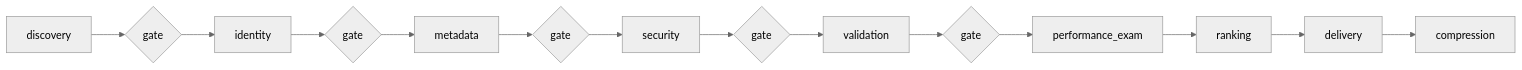
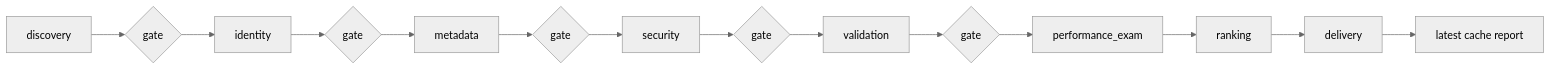
The diagram in publisher/architecture.md (aptitude-stack/docs), drawn with Mermaid (neutral theme) before and after one commit. The commit also changed other lines of this file and 6 other files, not shown here.

````diff
--- a/publisher/architecture.md
+++ b/publisher/architecture.md
@@ -46,12 +46,12 @@
 ```mermaid
 flowchart LR
     D["discovery"] --> DG{"gate"}
     DG --> I["identity"] --> IG{"gate"}
     IG --> M["metadata"] --> MG{"gate"}
     MG --> S["security"] --> SG{"gate"}
     SG --> V["validation"] --> VG{"gate"}
     VG --> P["performance_exam"]
     P --> R["ranking"]
     R --> DEL["delivery"]
-    DEL --> C["compression"]
+    DEL --> OUT["latest cache report"]
 ```
````
